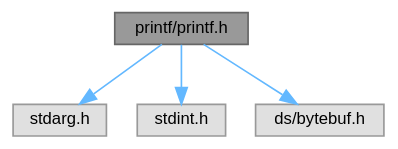
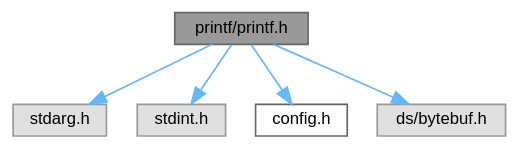
One commit to ebs-universe/piolib-printf changed the diagram in printf_8h__incl.dot. Above: the diagram before and after it, drawn with Graphviz. The commit also changed 207 other files, not shown here.

```diff
--- a/printf_8h__incl.dot
+++ b/printf_8h__incl.dot
@@ -1,15 +1,17 @@
 digraph "printf/printf.h"
 {
  // INTERACTIVE_SVG=YES
  // LATEX_PDF_SIZE
   bgcolor="transparent";
   edge [fontname=Helvetica,fontsize=10,labelfontname=Helvetica,labelfontsize=10];
   node [fontname=Helvetica,fontsize=10,shape=box,height=0.2,width=0.4];
   Node1 [id="Node000001",label="printf/printf.h",height=0.2,width=0.4,color="gray40", fillcolor="grey60", style="filled", fontcolor="black",tooltip="Interface and usage of printf implementation."];
   Node1 -> Node2 [id="edge1_Node000001_Node000002",color="steelblue1",style="solid",tooltip=" "];
   Node2 [id="Node000002",label="stdarg.h",height=0.2,width=0.4,color="grey60", fillcolor="#E0E0E0", style="filled",tooltip=" "];
   Node1 -> Node3 [id="edge2_Node000001_Node000003",color="steelblue1",style="solid",tooltip=" "];
   Node3 [id="Node000003",label="stdint.h",height=0.2,width=0.4,color="grey60", fillcolor="#E0E0E0", style="filled",tooltip=" "];
   Node1 -> Node4 [id="edge3_Node000001_Node000004",color="steelblue1",style="solid",tooltip=" "];
-  Node4 [id="Node000004",label="ds/bytebuf.h",height=0.2,width=0.4,color="grey60", fillcolor="#E0E0E0", style="filled",tooltip=" "];
+  Node4 [id="Node000004",label="config.h",height=0.2,width=0.4,color="grey40", fillcolor="white", style="filled",URL="$config_8h.html",tooltip=" "];
+  Node1 -> Node5 [id="edge4_Node000001_Node000005",color="steelblue1",style="solid",tooltip=" "];
+  Node5 [id="Node000005",label="ds/bytebuf.h",height=0.2,width=0.4,color="grey60", fillcolor="#E0E0E0", style="filled",tooltip=" "];
 }
```
